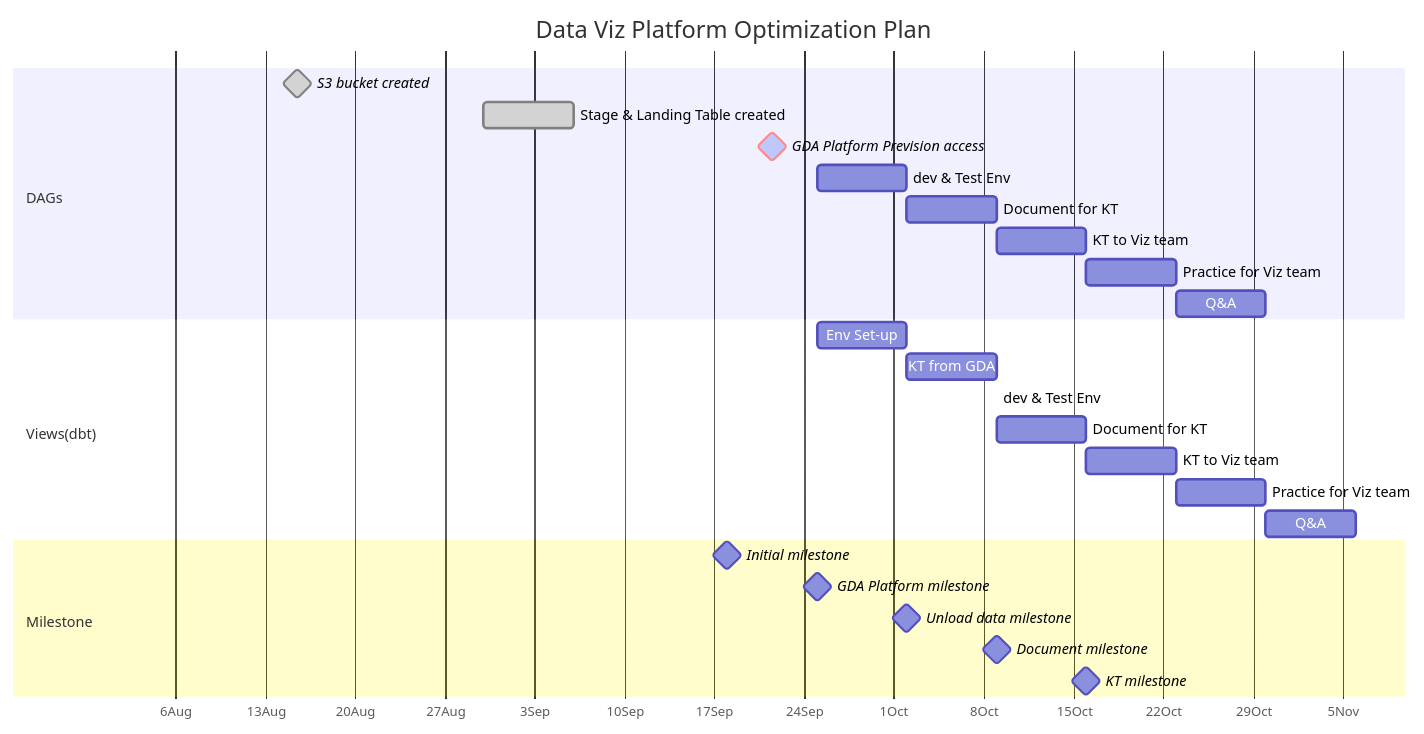
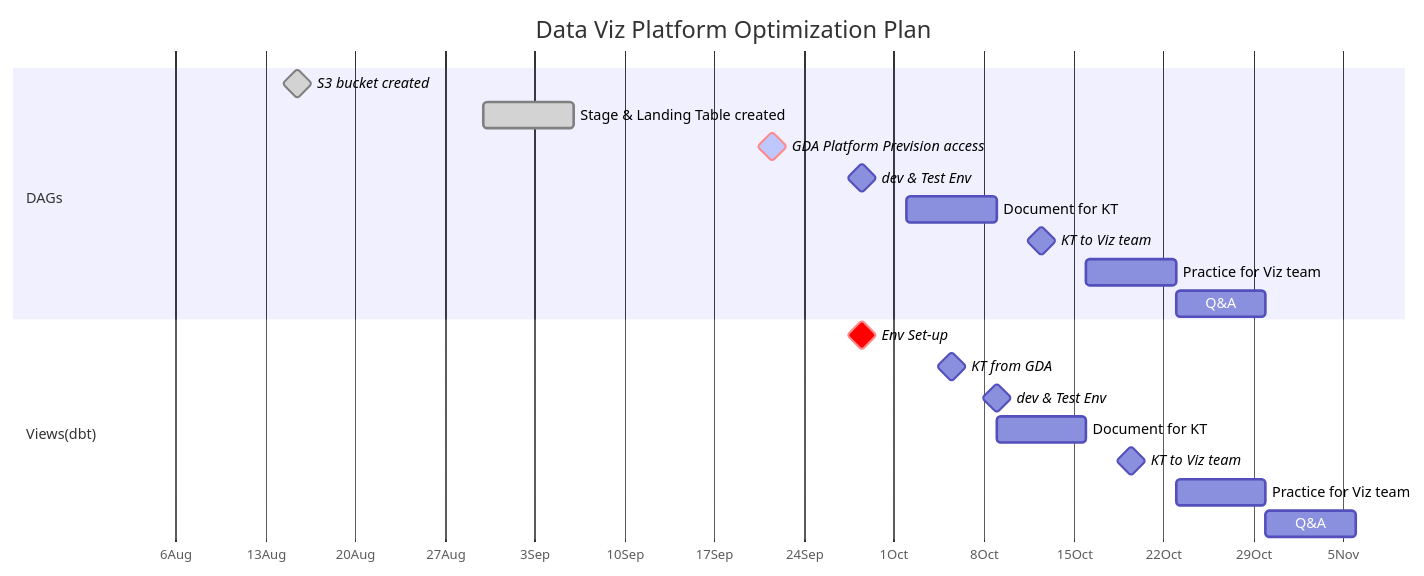
One commit to Jamesxuxiao/plan changed the diagram in Plan.md. Above: the diagram before and after it, drawn with Mermaid.

````diff
--- a/Plan.md
+++ b/Plan.md
@@ -6,39 +6,34 @@
 ```mermaid
 gantt
     dateFormat  YYYY-MM-DD
     title       Data Viz Platform Optimization Plan
     axisFormat %e%b
     todayMarker on
     %%excludes    weekends
     tickInterval 1week
     %% (`excludes` accepts specific dates in YYYY-MM-DD format, days of the week ("sunday") or "weekends", but not the word "weekdays".)
 
 
     section A ridiculously <br> long section <br> name
 
     section DAGs
     S3 bucket created: milestone, done, des09, 2023-08-01, 2023-08-30
     Stage & Landing Table created      : done, desc10, after des09,1w
     GDA Platform Prevision access    : milestone,active,crit,   des11, after des10, 1w
-    dev & Test Env              :    des12, after des11, 1w
+    dev & Test Env              :    milestone,des12, after des11, 1w
     Document for KT             :    des13, after des12, 1w
-    KT to Viz team              :    des14, after des13, 1w
+    KT to Viz team              :    milestone,des14, after des13, 1w
     Practice for Viz team       :    des15, after des14, 1w
     Q&A                         :    des16, after des15, 1w
 
     section Views(dbt)
-    Env Set-up                  :    des41, after des11, 1w
-    KT from GDA                 :    des42, after des41, 1w
-    dev & Test Env              :    des43, after des42,des13 1w
+    Env Set-up                  :    milestone,crit, des41, after des11, 1w
+    KT from GDA                 :    milestone, des42, after des41, 1w
+    dev & Test Env              :    milestone, des43, after des42,des13 1w
     Document for KT             :    des44, after des43, 1w
-    KT to Viz team              :    des45, after des44, 1w
+    KT to Viz team              :    milestone,des45, after des44, 1w
     Practice for Viz team       :    des46, after des45, 1w
     Q&A                         :    des47, after des46, 1w
 
-    section Milestone
-    Initial milestone           : milestone, m0, 2023-09-18,2min
-    GDA Platform milestone      : milestone, m1, after des11, 2min
-    Unload data milestone       : milestone, m2, after des12, 2min
-    Document milestone          : milestone, m3, after des13, 2min
-    KT milestone                : milestone, m5, after des14, 2min
+
 ```
````
